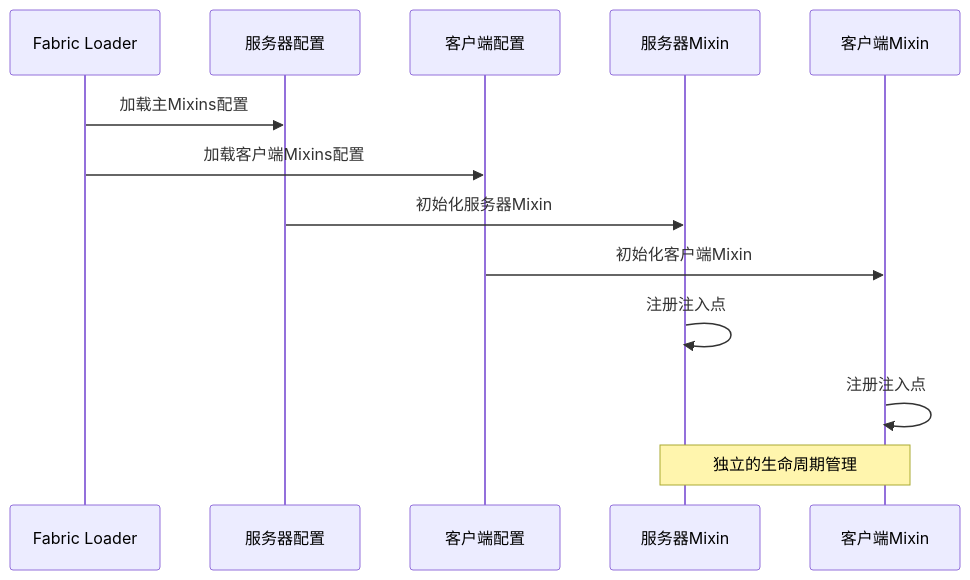
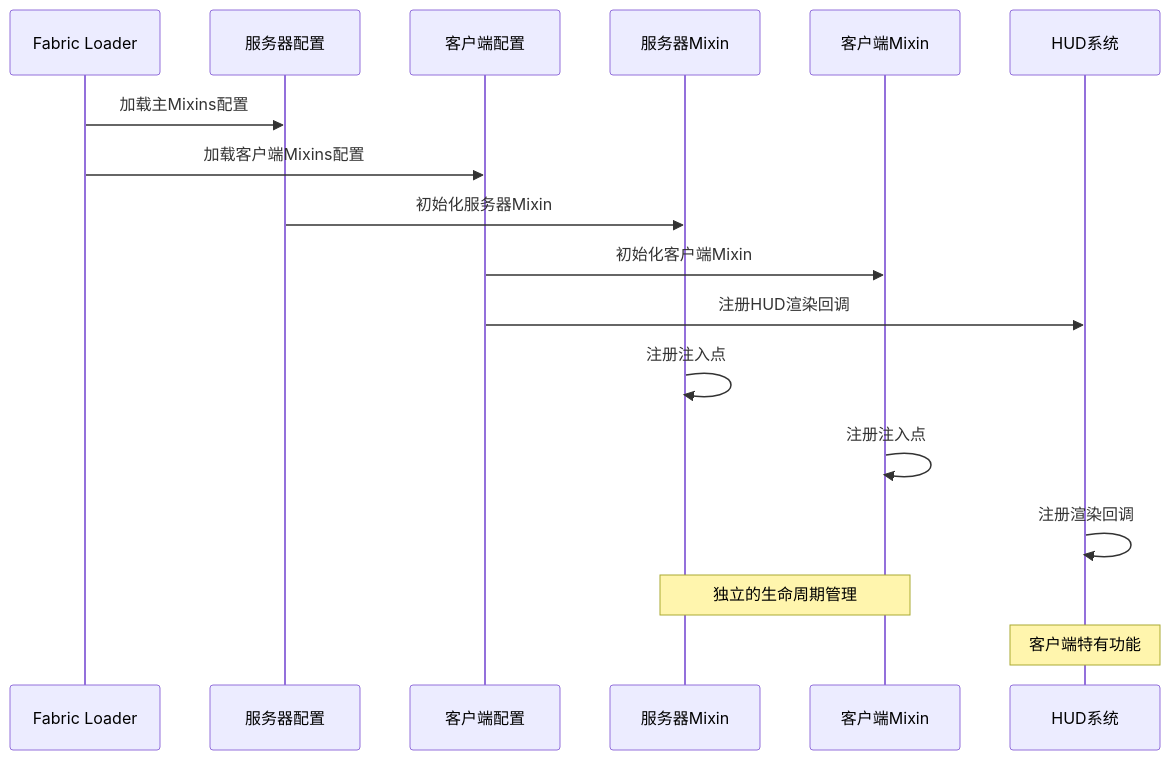
The third of 14 diagrams in .qoder/repowiki/zh/content/Mixin代码扩展系统/Mixin代码扩展系统.md (Manager20211/AxonBodyCam2), drawn with Mermaid before and after one commit. The commit also changed other lines of this file and 11 other files, not shown here.

````diff
--- a/.qoder/repowiki/zh/content/Mixin代码扩展系统/Mixin代码扩展系统.md
+++ b/.qoder/repowiki/zh/content/Mixin代码扩展系统/Mixin代码扩展系统.md
@@ -161,15 +191,19 @@
 ```mermaid
 sequenceDiagram
 participant Loader as Fabric Loader
 participant ServerConfig as 服务器配置
 participant ClientConfig as 客户端配置
 participant ServerMixin as 服务器Mixin
 participant ClientMixin as 客户端Mixin
+participant HUDSystem as HUD系统
 Loader->>ServerConfig : 加载主Mixins配置
 Loader->>ClientConfig : 加载客户端Mixins配置
 ServerConfig->>ServerMixin : 初始化服务器Mixin
 ClientConfig->>ClientMixin : 初始化客户端Mixin
+ClientConfig->>HUDSystem : 注册HUD渲染回调
 ServerMixin->>ServerMixin : 注册注入点
 ClientMixin->>ClientMixin : 注册注入点
+HUDSystem->>HUDSystem : 注册渲染回调
 Note over ServerMixin,ClientMixin : 独立的生命周期管理
+Note over HUDSystem : 客户端特有功能
 ```
````
